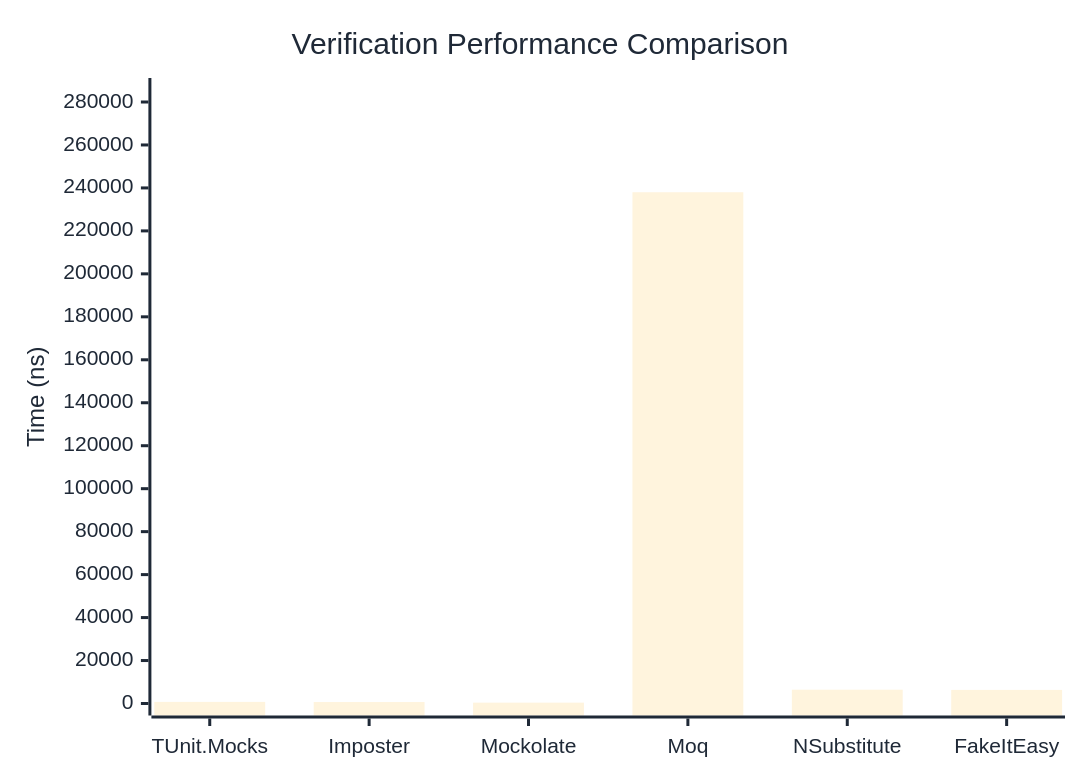
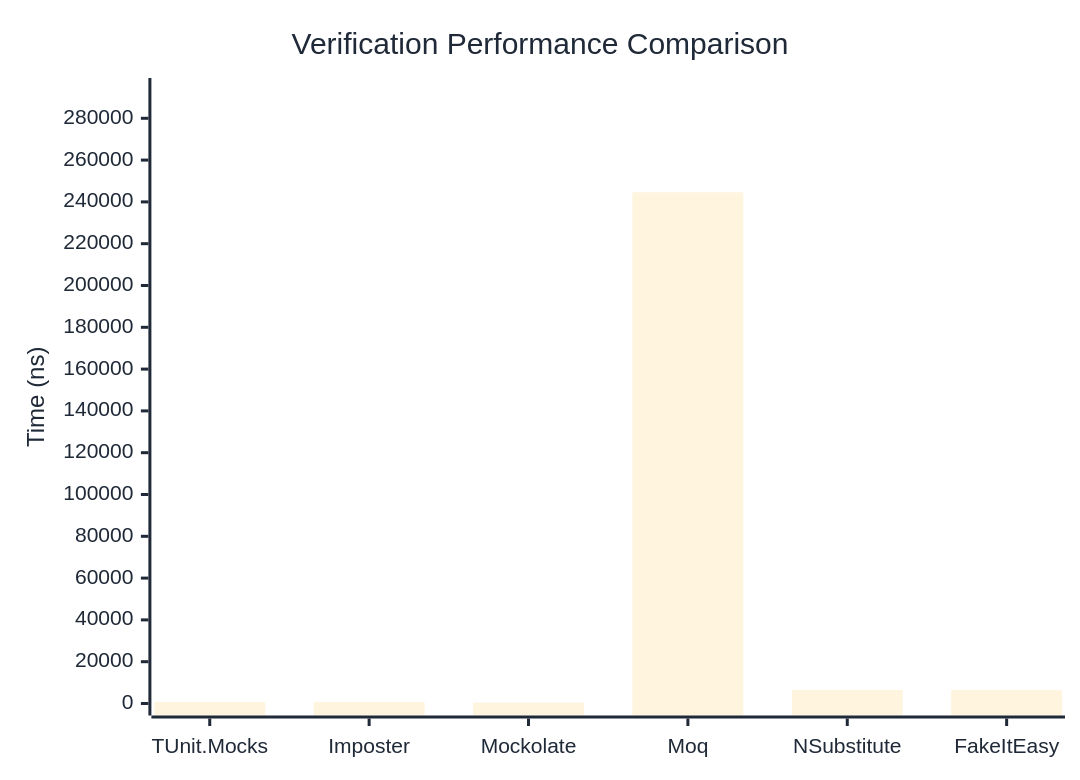
The first of 3 diagrams in docs/docs/benchmarks/mocks/Verification.md (thomhurst/TUnit), drawn with Mermaid before and after one commit. The commit also changed other lines of this file and 14 other files, not shown here.

````diff
--- a/docs/docs/benchmarks/mocks/Verification.md
+++ b/docs/docs/benchmarks/mocks/Verification.md
@@ -30,27 +30,27 @@
 ```mermaid
 %%{init: {
   'theme':'base',
   'themeVariables': {
     'primaryColor': '#2563eb',
     'primaryTextColor': '#1f2937',
     'primaryBorderColor': '#1e40af',
     'lineColor': '#6b7280',
     'secondaryColor': '#7c3aed',
     'tertiaryColor': '#dc2626',
     'background': '#ffffff',
     'pie1': '#2563eb',
     'pie2': '#7c3aed',
     'pie3': '#dc2626',
     'pie4': '#f59e0b',
     'pie5': '#10b981',
     'pie6': '#06b6d4',
     'pie7': '#ec4899',
     'pie8': '#6366f1'
   }
 }}%%
 xychart-beta
   title "Verification Performance Comparison"
   x-axis ["TUnit.Mocks", "Imposter", "Mockolate", "Moq", "NSubstitute", "FakeItEasy"]
-  y-axis "Time (ns)" 0 --> 285587
-  bar [736.27, 676.74, 398.05, 237988.85, 6424.63, 6330.79]
+  y-axis "Time (ns)" 0 --> 293538
+  bar [746.89, 718.6, 407.63, 244614.2, 6487.99, 6429.72]
 ```
````
